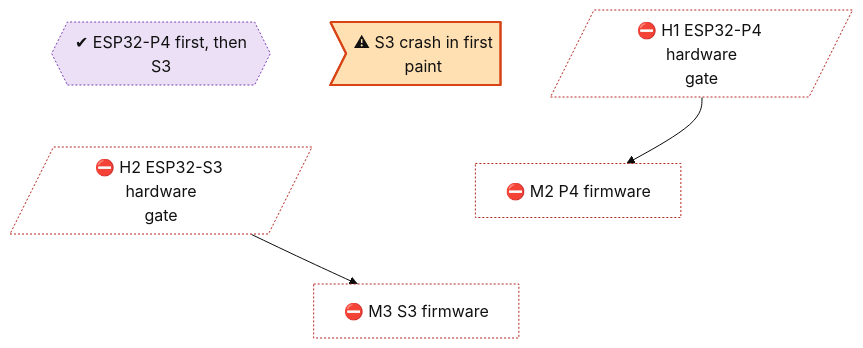
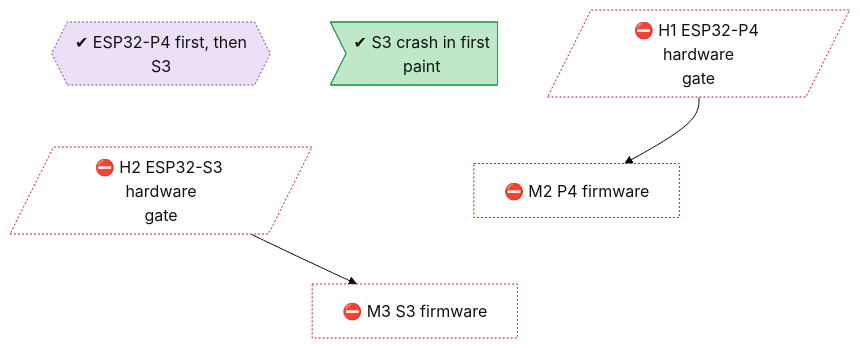
Before and after one commit to lhns/embedded-browser: the diagram in docs/roadmap/tracks/plat.md, drawn with Mermaid (base theme). The commit also changed other lines of this file and 13 other files, not shown here.

````diff
--- a/docs/roadmap/tracks/plat.md
+++ b/docs/roadmap/tracks/plat.md
@@ -10,33 +10,33 @@
 ```mermaid
 flowchart TB
     plat_boards_p4_first{{"✔ ESP32-P4 first, then<br/>S3"}}
-    plat_defect_s3_paint_crash>"⚠ S3 crash in first<br/>paint"]
+    plat_defect_s3_paint_crash>"✔ S3 crash in first<br/>paint"]
     plat_h1_p4_gate[/"⛔ H1 ESP32-P4 hardware<br/>gate"/]
     plat_h2_s3_gate[/"⛔ H2 ESP32-S3 hardware<br/>gate"/]
     plat_m2_p4_firmware["⛔ M2 P4 firmware"]
     plat_m3_s3_firmware["⛔ M3 S3 firmware"]
     plat_boards_p4_first ~~~ plat_h2_s3_gate
     plat_defect_s3_paint_crash ~~~ plat_m2_p4_firmware
     plat_h1_p4_gate ~~~ plat_m2_p4_firmware
     plat_h2_s3_gate ~~~ plat_m3_s3_firmware
     plat_m2_p4_firmware ~~~ plat_m3_s3_firmware
     plat_h1_p4_gate --> plat_m2_p4_firmware
     plat_h2_s3_gate --> plat_m3_s3_firmware
     classDef vsucc fill:#2e9e4f,stroke:#1b6b34,color:#fff
     classDef succ fill:#bfe8c8,stroke:#2e9e4f,color:#111
     classDef mixed fill:#ffd37a,stroke:#c98a00,color:#111
     classDef bad fill:#f28b82,stroke:#b3261e,color:#111
     classDef dead fill:#e6e6e6,stroke:#777,stroke-dasharray:5 5,color:#555
     classDef inprog fill:#a8cdf5,stroke:#1f6fc5,color:#111
     classDef next fill:#fff,stroke:#333,color:#111
     classDef blocked fill:#fff,stroke:#b3261e,stroke-dasharray:2 2,color:#111
     classDef parked fill:#f3f3f3,stroke:#999,color:#555
     classDef unrated fill:#fff,stroke:#333,stroke-dasharray:1 3,color:#111
     classDef gate fill:#d9c2f0,stroke:#7b3fb5,color:#111
     classDef decided fill:#ece0f7,stroke:#7b3fb5,stroke-dasharray:2 2,color:#111
     classDef finding fill:#ffe0b2,stroke:#d84315,stroke-width:2px,color:#111
     classDef waiting fill:#e3f2fd,stroke:#1f6fc5,stroke-dasharray:5 5,color:#111
     class plat_boards_p4_first decided
-    class plat_defect_s3_paint_crash finding
+    class plat_defect_s3_paint_crash succ
     class plat_h1_p4_gate,plat_h2_s3_gate,plat_m2_p4_firmware,plat_m3_s3_firmware blocked
 ```
````
